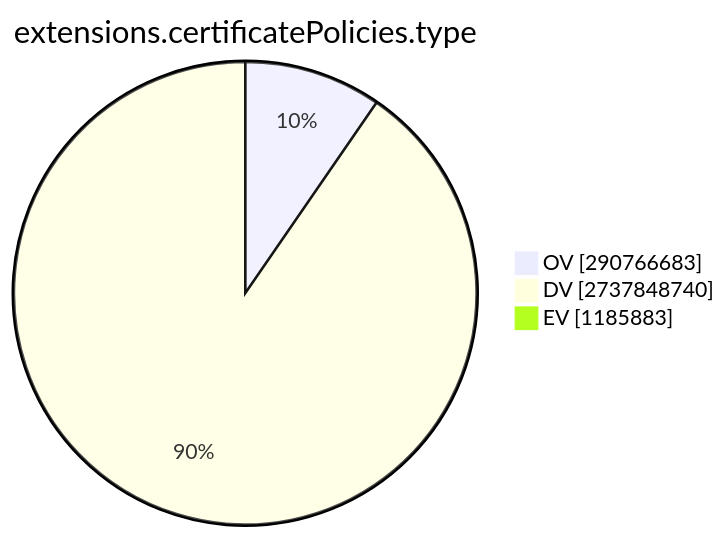
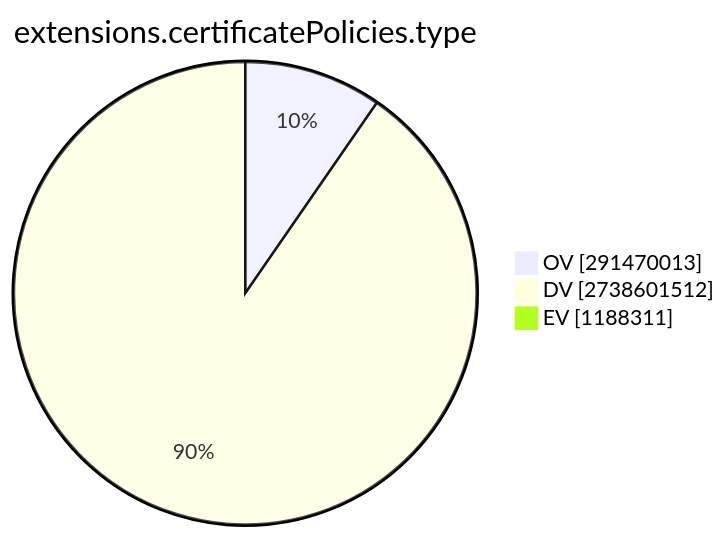
Before and after one commit to christiankrug/ctmonitor_visualization: the ninth of 15 diagrams in TOTAL/README.md, drawn with Mermaid. The commit also changed other lines of this file, not shown here.

````diff
--- a/TOTAL/README.md
+++ b/TOTAL/README.md
@@ -3093,7 +3093,7 @@
 ```mermaid
 pie showData
 title extensions.certificatePolicies.type
-"OV" :290766683
-"DV" :2737848740
-"EV" :1185883
+"OV" :291470013
+"DV" :2738601512
+"EV" :1188311
 ```
````
